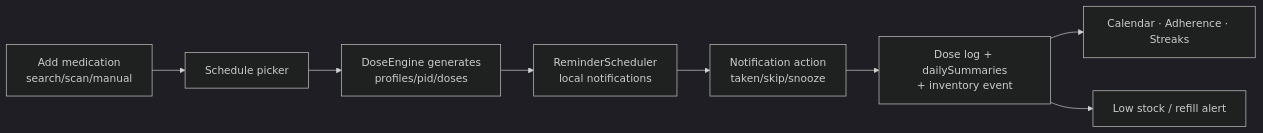
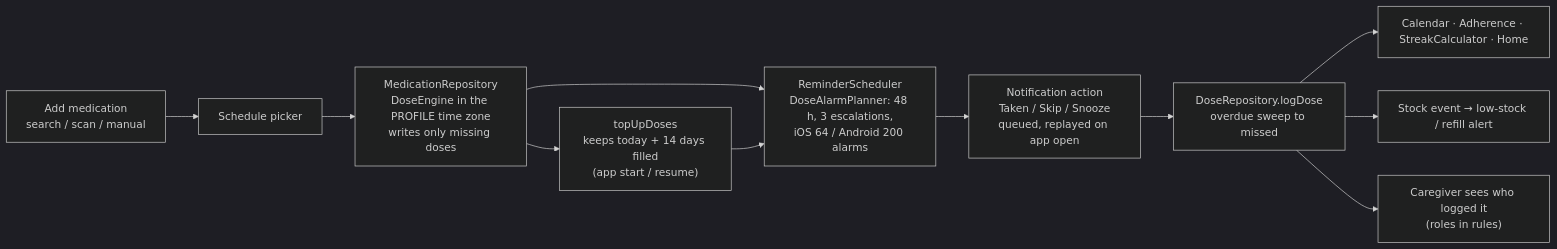
One commit to hammadraza-hub/MED_REMINDER changed the second of 2 diagrams in graphify/architecture.md. Above: the diagram before and after it, drawn with Mermaid (dark theme). The commit also changed other lines of this file and 13 other files, not shown here.

First line of the commit message:
M23 (Spark): Graphify architecture update

````diff
--- a/graphify/architecture.md
+++ b/graphify/architecture.md
@@ -41,10 +46,13 @@
 ```mermaid
 flowchart LR
-  A["Add medication<br/>search/scan/manual"] --> B[Schedule picker]
-  B --> C["DoseEngine generates<br/>profiles/pid/doses"]
-  C --> D["ReminderScheduler<br/>local notifications"]
-  D --> E["Notification action<br/>taken/skip/snooze"]
-  E --> F["Dose log + dailySummaries<br/>+ inventory event"]
-  F --> G[Calendar · Adherence · Streaks]
-  F --> H[Low stock / refill alert]
+  A["Add medication<br/>search / scan / manual"] --> B[Schedule picker]
+  B --> C["MedicationRepository<br/>DoseEngine in the PROFILE time zone<br/>writes only missing doses"]
+  C --> T["topUpDoses<br/>keeps today + 14 days filled<br/>(app start / resume)"]
+  C --> D["ReminderScheduler<br/>DoseAlarmPlanner: 48 h, 3 escalations,<br/>iOS 64 / Android 200 alarms"]
+  T --> D
+  D --> E["Notification action<br/>Taken / Skip / Snooze<br/>queued, replayed on app open"]
+  E --> F["DoseRepository.logDose<br/>overdue sweep to missed"]
+  F --> G["Calendar · Adherence · StreakCalculator · Home"]
+  F --> H["Stock event → low-stock / refill alert"]
+  F --> I["Caregiver sees who logged it<br/>(roles in rules)"]
 ```
````
